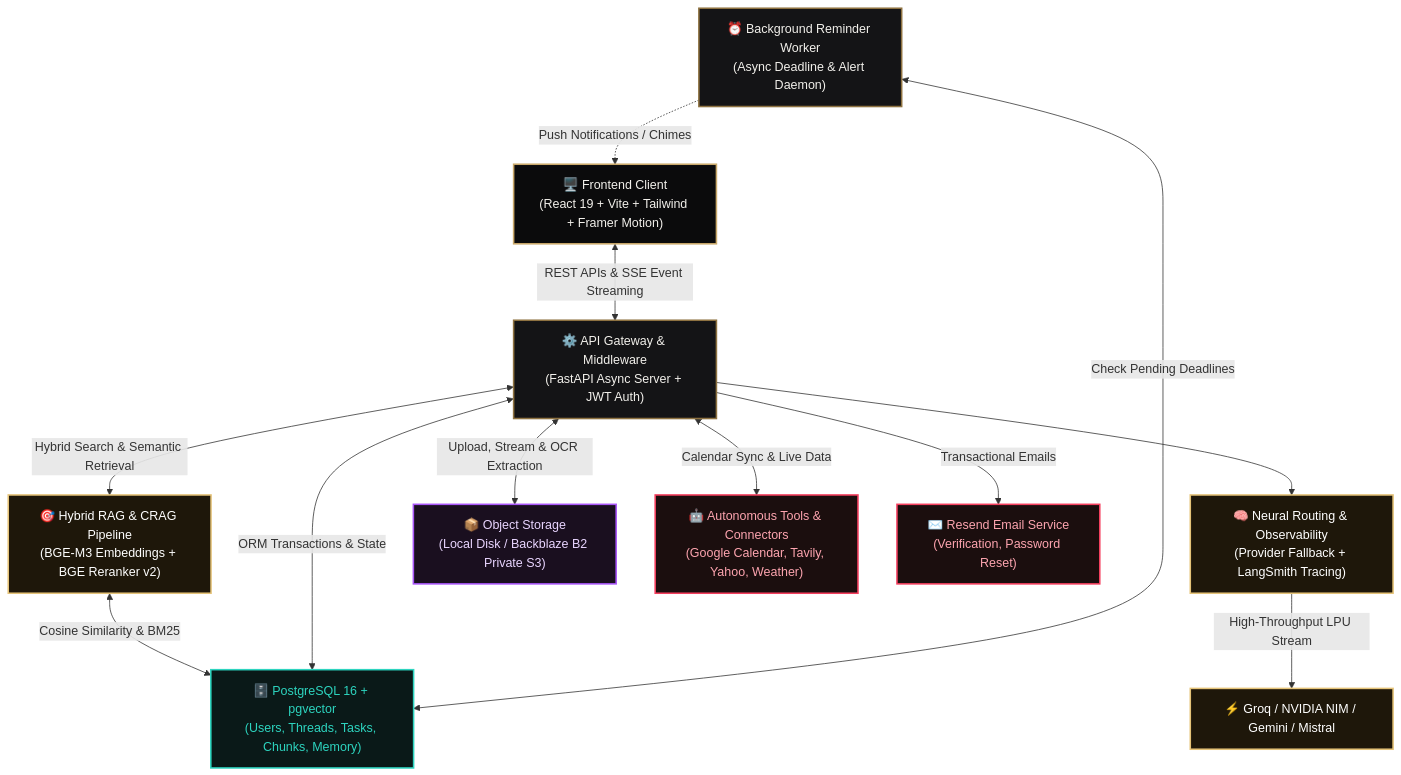
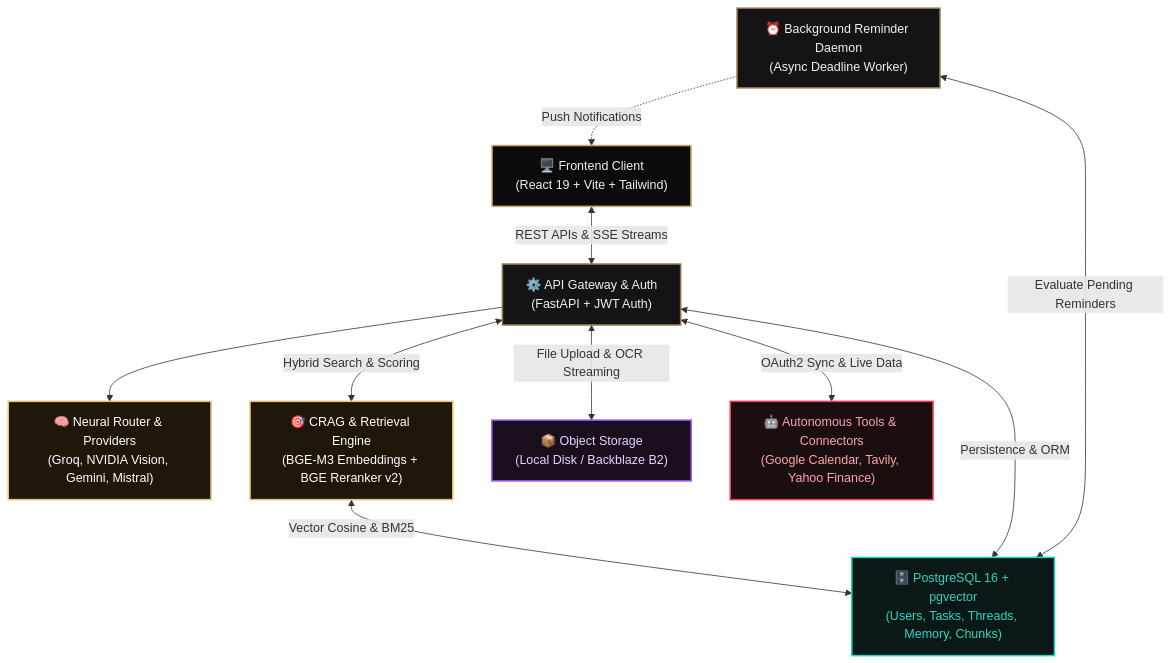
One commit to gpranit16/tark-ai changed the diagram in README.md. Above: the diagram before and after it, drawn with Mermaid. The commit also changed other lines of this file, not shown here.

````diff
--- a/README.md
+++ b/README.md
@@ -138,35 +101,28 @@
 ```mermaid
 graph TD
-    %% Custom Obsidian & Gold Palette %%
     classDef client fill:#0B0B0C,stroke:#C9A86A,stroke-width:2px,color:#F2F0EB;
     classDef gateway fill:#141416,stroke:#8E7241,stroke-width:2px,color:#F2F0EB;
     classDef router fill:#1E170A,stroke:#E5C378,stroke-width:2px,color:#FFF;
     classDef data fill:#0A1918,stroke:#2DD4BF,stroke-width:2px,color:#2DD4BF;
     classDef cloud fill:#1A0F1F,stroke:#A855F7,stroke-width:2px,color:#E9D5FF;
     classDef ext fill:#1B0E0E,stroke:#F43F5E,stroke-width:2px,color:#FDA4AF;
 
-    %% Nodes %%
-    A["🖥️ Frontend Client<br/>(React 19 + Vite + Tailwind + Framer Motion)"]:::client
-    B["⚙️ API Gateway & Middleware<br/>(FastAPI Async Server + JWT Auth)"]:::gateway
-    C["🧠 Neural Routing & Observability<br/>(Provider Fallback + LangSmith Tracing)"]:::router
-    D["⚡ Groq / NVIDIA NIM / Gemini / Mistral"]:::router
-    E["🎯 Hybrid RAG & CRAG Pipeline<br/>(BGE-M3 Embeddings + BGE Reranker v2)"]:::router
-    F["🗄️ PostgreSQL 16 + pgvector<br/>(Users, Threads, Tasks, Chunks, Memory)"]:::data
-    G["📦 Object Storage<br/>(Local Disk / Backblaze B2 Private S3)"]:::cloud
-    H["🤖 Autonomous Tools & Connectors<br/>(Google Calendar, Tavily, Yahoo, Weather)"]:::ext
-    I["✉️ Resend Email Service<br/>(Verification, Password Reset)"]:::ext
-    J["⏰ Background Reminder Worker<br/>(Async Deadline & Alert Daemon)"]:::gateway
+    A["🖥️ Frontend Client<br/>(React 19 + Vite + Tailwind)"]:::client
+    B["⚙️ API Gateway & Auth<br/>(FastAPI + JWT Auth)"]:::gateway
+    C["🧠 Neural Router & Providers<br/>(Groq, NVIDIA Vision, Gemini, Mistral)"]:::router
+    D["🎯 CRAG & Retrieval Engine<br/>(BGE-M3 Embeddings + BGE Reranker v2)"]:::router
+    E["🗄️ PostgreSQL 16 + pgvector<br/>(Users, Tasks, Threads, Memory, Chunks)"]:::data
+    F["📦 Object Storage<br/>(Local Disk / Backblaze B2)"]:::cloud
+    G["🤖 Autonomous Tools & Connectors<br/>(Google Calendar, Tavily, Yahoo Finance)"]:::ext
+    H["⏰ Background Reminder Daemon<br/>(Async Deadline Worker)"]:::gateway
 
-    %% Connections %%
-    A <-->|REST APIs & SSE Event Streaming| B
+    A <-->|REST APIs & SSE Streams| B
     B --> C
-    C -->|High-Throughput LPU Stream| D
-    B <-->|Hybrid Search & Semantic Retrieval| E
-    E <-->|Cosine Similarity & BM25| F
-    B <-->|ORM Transactions & State| F
-    B <-->|Upload, Stream & OCR Extraction| G
-    B <-->|Calendar Sync & Live Data| H
-    B -->|Transactional Emails| I
-    J <-->|Check Pending Deadlines| F
-    J -.->|Push Notifications / Chimes| A
+    B <-->|Hybrid Search & Scoring| D
+    D <-->|Vector Cosine & BM25| E
+    B <-->|Persistence & ORM| E
+    B <-->|File Upload & OCR Streaming| F
+    B <-->|OAuth2 Sync & Live Data| G
+    H <-->|Evaluate Pending Reminders| E
+    H -.->|Push Notifications| A
 ```
````
